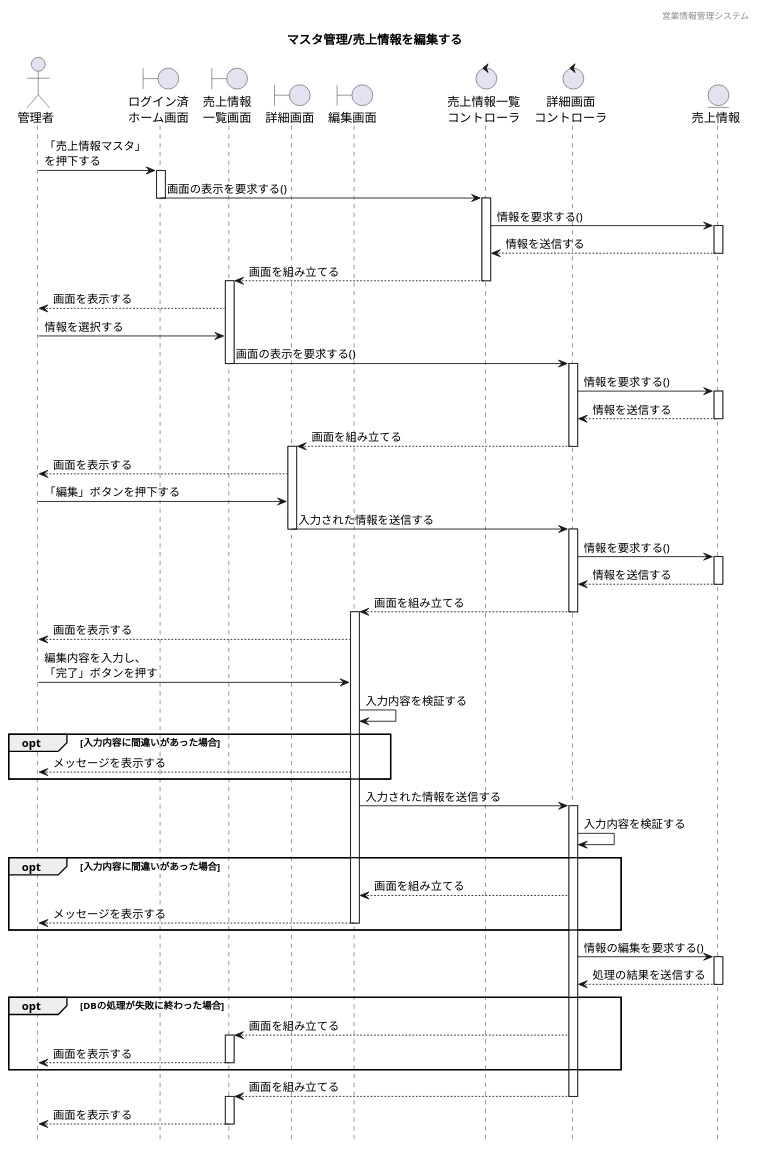
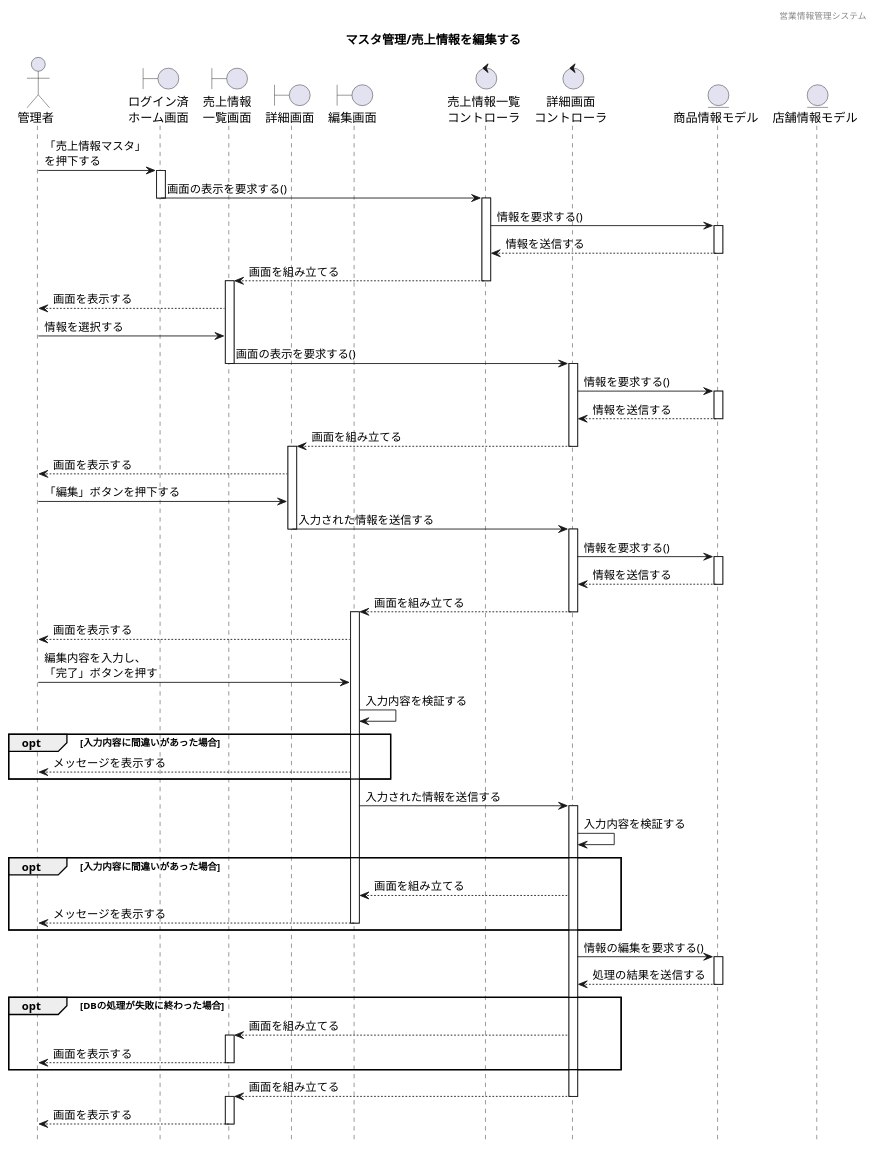
The diagram in 各種設計書/4シーケンス図/マスタ管理/F04売上マスタ/売上情報管理_編集.plantuml (HaruShim/Sotuken), drawn with PlantUML before and after one commit. The commit also changed 18 other files, not shown here.

```diff
--- a/各種設計書/4シーケンス図/マスタ管理/F04売上マスタ/売上情報管理_編集.plantuml
+++ b/各種設計書/4シーケンス図/マスタ管理/F04売上マスタ/売上情報管理_編集.plantuml
@@ -1,90 +1,92 @@
 @startuml ../../images/売上情報マスタ/売上情報管理_編集
 
 hide footbox
 header 営業情報管理システム
 title マスタ管理/売上情報を編集する
 
 ' actor "" as a
 actor "管理者" as a1
 
 ' boundary "" as b
 boundary "ログイン済\nホーム画面" as b1
 boundary "売上情報\n一覧画面" as b2
 boundary "詳細画面" as b3
 boundary "編集画面" as b4
 
 ' control "" as c
 control "売上情報一覧\nコントローラ" as c1
 control "詳細画面\nコントローラ" as c2
 
 ' entity "" as e
-entity "売上情報" as e1
+entity "商品情報モデル" as e1
+entity "店舗情報モデル" as e2
+
 
 a1 -> b1:「売上情報マスタ」\nを押下する
 activate b1
 b1 -> c1:画面の表示を要求する()
 deactivate b1
 activate c1
 c1 -> e1 : 情報を要求する()
 activate e1
 e1 --> c1 : 情報を送信する
 deactivate e1
 c1 --> b2: 画面を組み立てる
 deactivate c1
 activate b2
 b2 --> a1 : 画面を表示する
 a1 -> b2 : 情報を選択する
 b2 -> c2 : 画面の表示を要求する()
 deactivate b2
 activate c2
 c2 -> e1 : 情報を要求する()
 activate e1
 e1 --> c2 : 情報を送信する
 deactivate e1
 c2 --> b3 : 画面を組み立てる
 deactivate c2
 activate b3
 b3 --> a1 : 画面を表示する
 a1 -> b3 : 「編集」ボタンを押下する
 b3 -> c2 : 入力された情報を送信する
 deactivate b3
 activate c2
 c2 -> e1 : 情報を要求する()
 activate e1
 e1 --> c2 : 情報を送信する
 deactivate e1
 c2 --> b4 : 画面を組み立てる
 deactivate c2
 activate b4
 b4 --> a1 : 画面を表示する
 a1 -> b4 : 編集内容を入力し、\n「完了」ボタンを押す
 b4 -> b4 : 入力内容を検証する
 opt 入力内容に間違いがあった場合
 b4 --> a1 : メッセージを表示する
 end
 b4 -> c2 : 入力された情報を送信する
 activate c2
 c2 -> c2 : 入力内容を検証する
 opt 入力内容に間違いがあった場合
 c2 --> b4: 画面を組み立てる
 b4 --> a1 : メッセージを表示する 
 deactivate b4
 end
 c2 -> e1 : 情報の編集を要求する()
 activate e1
 e1 --> c2 : 処理の結果を送信する
 deactivate e1
 opt DBの処理が失敗に終わった場合
 c2 --> b2 : 画面を組み立てる
 
 activate b2
 b2 --> a1 : 画面を表示する
 deactivate b2
 end
 c2 --> b2 : 画面を組み立てる
 deactivate c2
 activate b2
 b2 --> a1 : 画面を表示する
 deactivate b2
 
 @enduml
```
